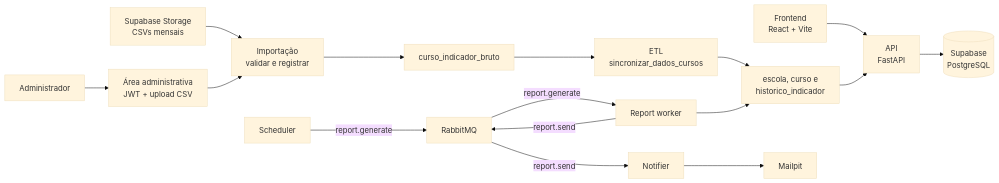
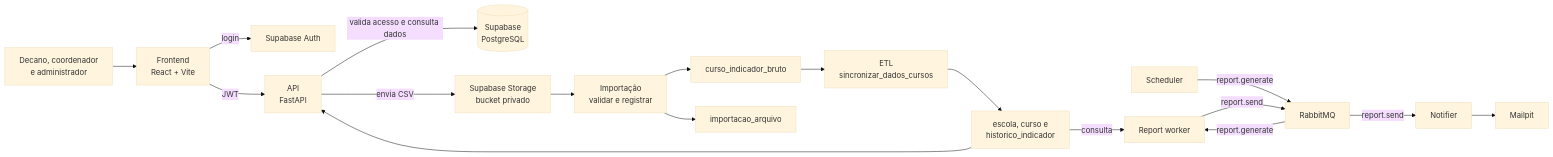
One commit to isinhah/desempenho-academico changed the diagram in README.md. Above: the diagram before and after it, drawn with Mermaid (base theme). The commit also changed other lines of this file, not shown here.

````diff
--- a/README.md
+++ b/README.md
@@ -20,18 +20,20 @@
 ```mermaid
 flowchart LR
-    frontend[Frontend<br/>React + Vite] --> api[API<br/>FastAPI]
-    api --> supabase[(Supabase<br/>PostgreSQL)]
-    storage["Supabase Storage<br/>CSVs mensais"] --> importacao["Importação<br/>validar e registrar"]
+    pessoas["Decano, coordenador<br/>e administrador"] --> frontend["Frontend<br/>React + Vite"]
+    frontend -->|"login"| auth["Supabase Auth"]
+    frontend -->|"JWT"| api["API<br/>FastAPI"]
+    api -->|"valida acesso e consulta dados"| supabase[("Supabase<br/>PostgreSQL")]
+    api -->|"envia CSV"| storage["Supabase Storage<br/>bucket privado"]
+    storage --> importacao["Importação<br/>validar e registrar"]
     importacao --> bruto["curso_indicador_bruto"]
+    importacao --> controle["importacao_arquivo"]
     bruto --> etl["ETL<br/>sincronizar_dados_cursos"]
     etl --> analiticas["escola, curso e<br/>historico_indicador"]
     analiticas --> api
-    admin["Administrador"] --> endpoint["Área administrativa<br/>JWT + upload CSV"]
-    endpoint --> importacao
     scheduler[Scheduler] -->|report.generate| rabbit[RabbitMQ]
     rabbit -->|report.generate| worker[Report worker]
-    worker --> analiticas
+    analiticas -->|"consulta"| worker
     worker -->|report.send| rabbit
     rabbit -->|report.send| notifier[Notifier]
     notifier --> mailpit[Mailpit]
 ```
````
